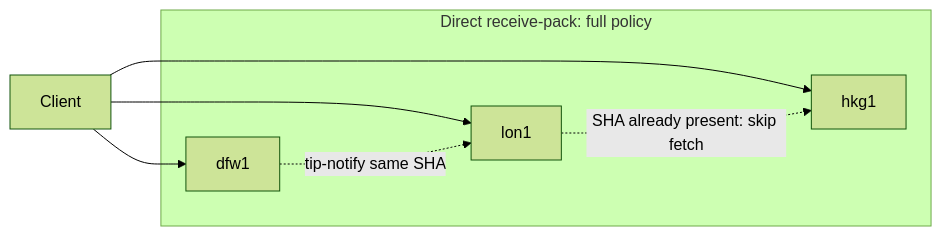
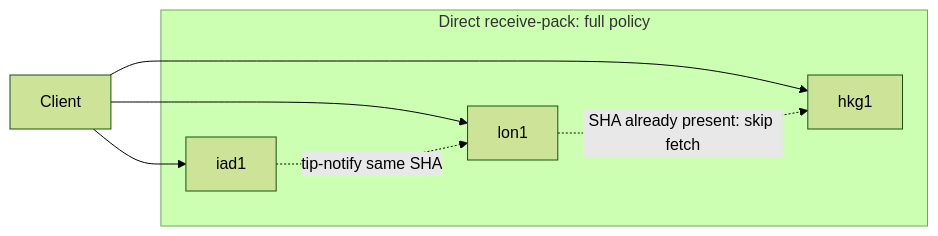
One commit to paradigm-threat/relay-gateway changed the fourth of 4 diagrams in docs/RELAY_PUBLISH_ONCE.md. Above: the diagram before and after it, drawn with Mermaid (forest theme). The commit also changed other lines of this file and 42 other files, not shown here.

First line of the commit message:
ops: scrub dfw1 after sjc1 cutover; fleet is iad1/sjc1/hkg1

````diff
--- a/docs/RELAY_PUBLISH_ONCE.md
+++ b/docs/RELAY_PUBLISH_ONCE.md
@@ -387,14 +387,14 @@
 ```mermaid
 flowchart LR
   Laptop[Client]
   subgraph direct [Direct receive-pack: full policy]
-    A[dfw1]
+    A[iad1]
     B[lon1]
     C[hkg1]
   end
   Laptop --> A
   Laptop --> B
   Laptop --> C
   A -.->|tip-notify same SHA| B
   B -.->|SHA already present: skip fetch| C
 ```
````
